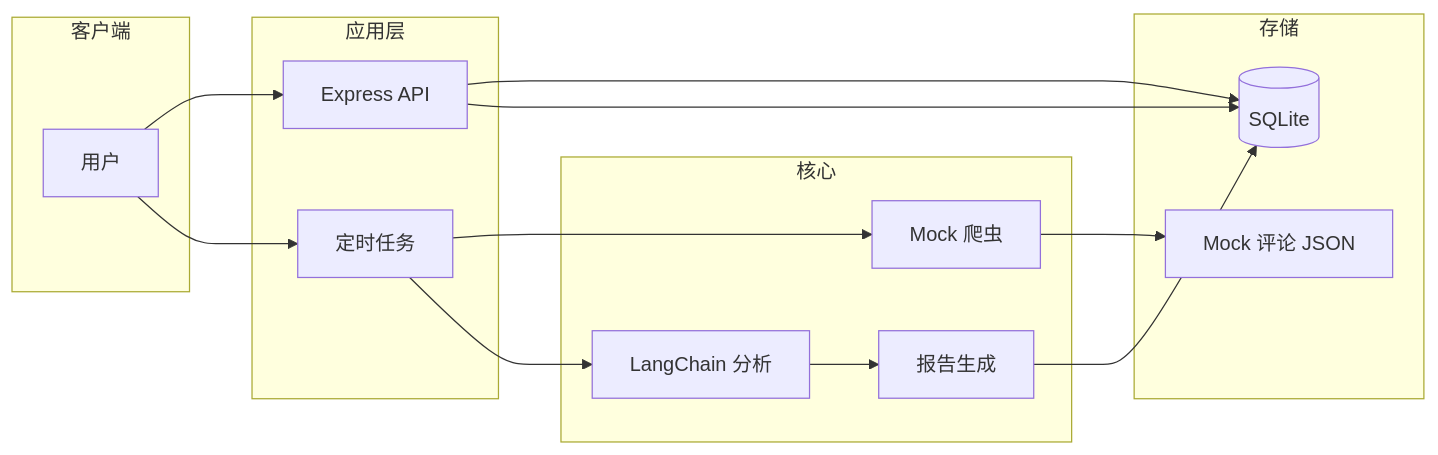
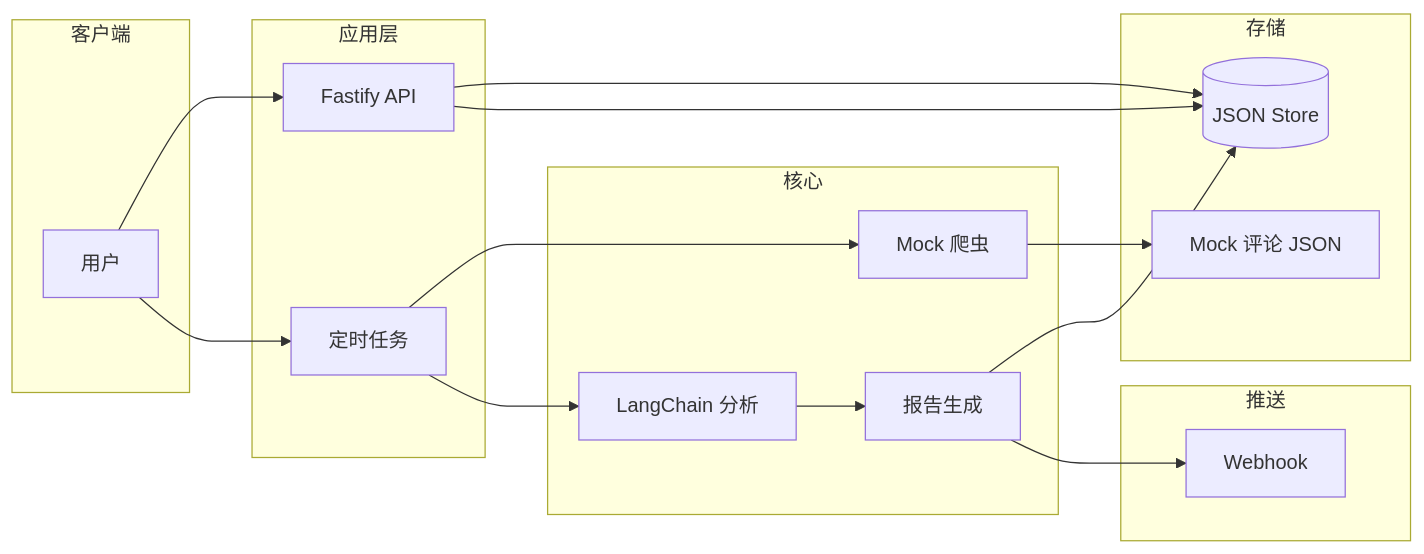
The first of 2 diagrams in review-monitor/DESIGN.md (jackjin1997/blueFocus-interview), drawn with Mermaid before and after one commit. The commit also changed other lines of this file and 11 other files, not shown here.

````diff
--- a/review-monitor/DESIGN.md
+++ b/review-monitor/DESIGN.md
@@ -5,28 +5,32 @@
 ```mermaid
 flowchart LR
   subgraph client [客户端]
     User[用户]
   end
   subgraph app [应用层]
-    API[Express API]
+    API[Fastify API]
     Cron[定时任务]
   end
   subgraph core [核心]
     Mock[Mock 爬虫]
     AI[LangChain 分析]
     Report[报告生成]
   end
   subgraph storage [存储]
-    DB[(SQLite)]
+    DB[(JSON Store)]
     MockData[Mock 评论 JSON]
+  end
+  subgraph push [推送]
+    WH[Webhook]
   end
   User --> API
   User --> Cron
   API --> DB
   Cron --> Mock
   Mock --> MockData
   Cron --> AI
   AI --> Report
   Report --> DB
+  Report --> WH
   API --> DB
 ```
````
